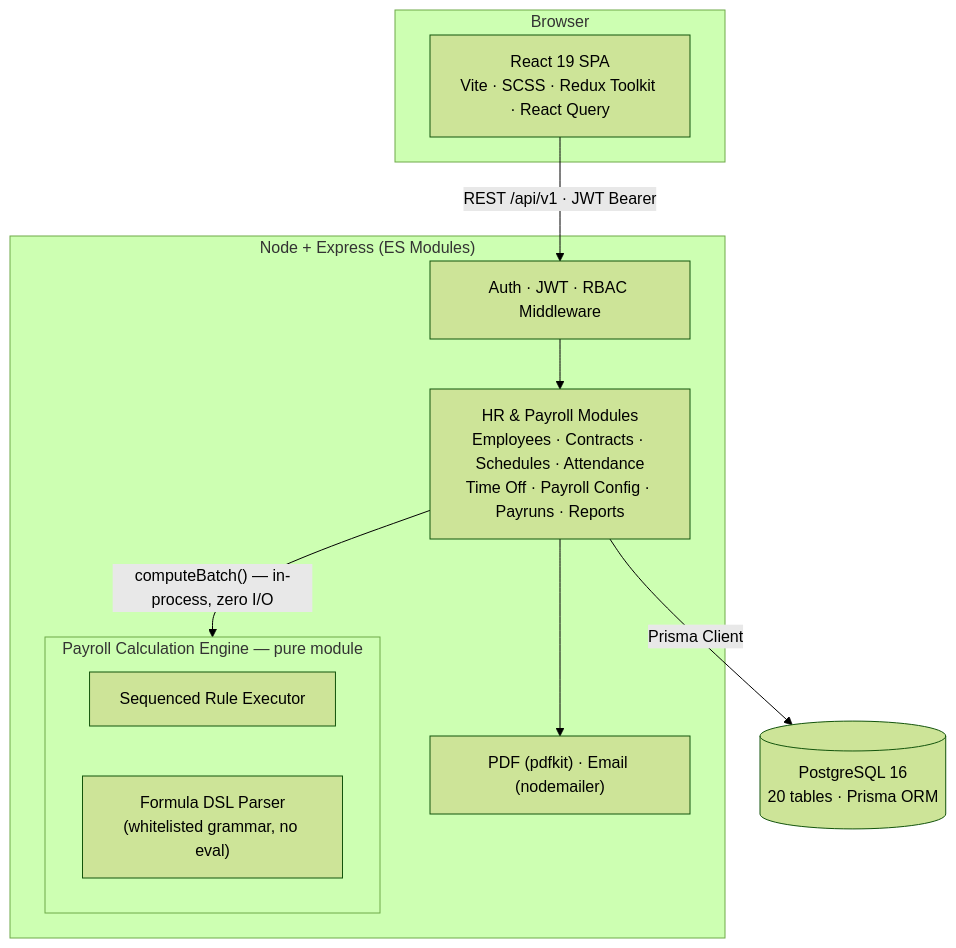
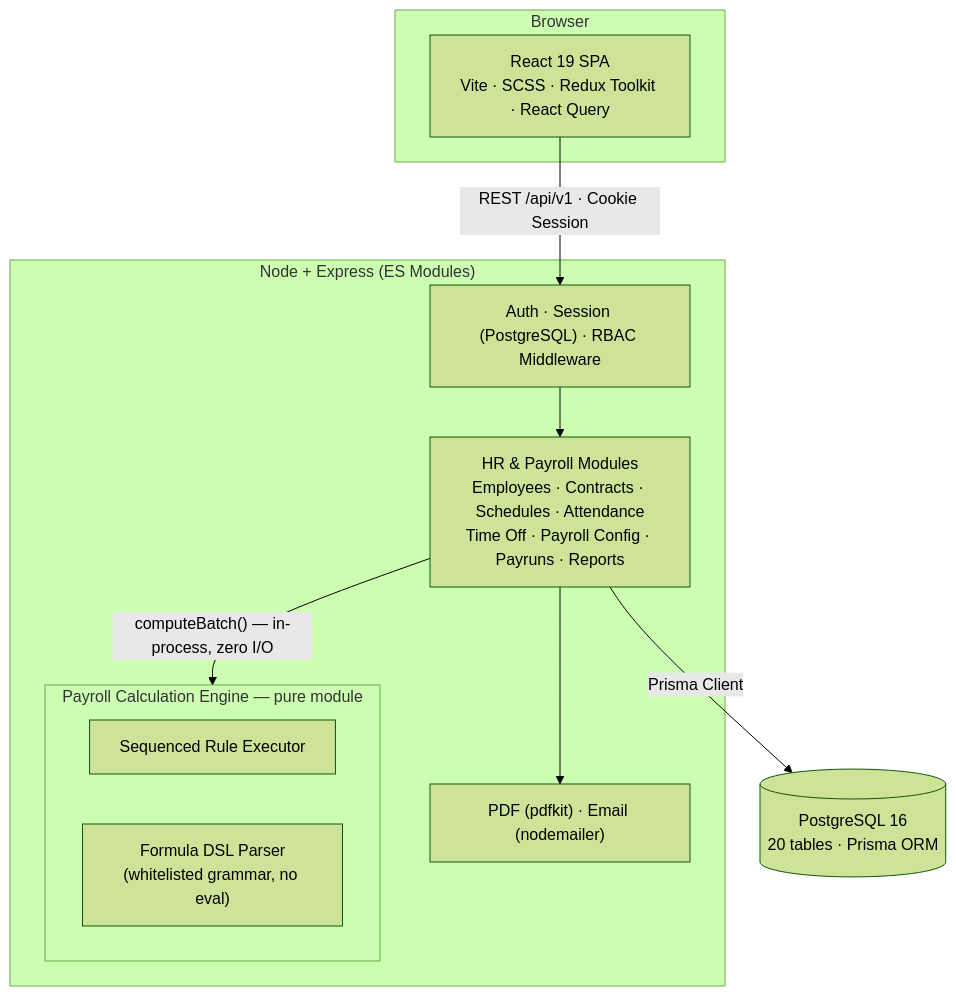
One commit to akshhthakkar/odoo-final changed the first of 5 diagrams in README.md. Above: the diagram before and after it, drawn with Mermaid (forest theme). The commit also changed other lines of this file, not shown here.

Commit message:
docs: add Swagger API documentation references to README.md

````diff
--- a/README.md
+++ b/README.md
@@ -81,24 +81,24 @@
 ```mermaid
 graph TD
     subgraph BROWSER["Browser"]
         UI["React 19 SPA<br/>Vite · SCSS · Redux Toolkit · React Query"]
     end
 
     subgraph SERVER["Node + Express (ES Modules)"]
-        AUTH["Auth · JWT · RBAC Middleware"]
+        AUTH["Auth · Session (PostgreSQL) · RBAC Middleware"]
         MODS["HR & Payroll Modules<br/>Employees · Contracts · Schedules · Attendance<br/>Time Off · Payroll Config · Payruns · Reports"]
         subgraph ENGINE["Payroll Calculation Engine — pure module"]
             EXEC["Sequenced Rule Executor"]
             DSL["Formula DSL Parser<br/>(whitelisted grammar, no eval)"]
         end
         NOTIF["PDF (pdfkit) · Email (nodemailer)"]
     end
 
     DB[("PostgreSQL 16<br/>20 tables · Prisma ORM")]
 
-    UI -->|"REST /api/v1 · JWT Bearer"| AUTH
+    UI -->|"REST /api/v1 · Cookie Session"| AUTH
     AUTH --> MODS
     MODS -->|"computeBatch() — in-process, zero I/O"| ENGINE
     MODS -->|"Prisma Client"| DB
     MODS --> NOTIF
 ```
````
